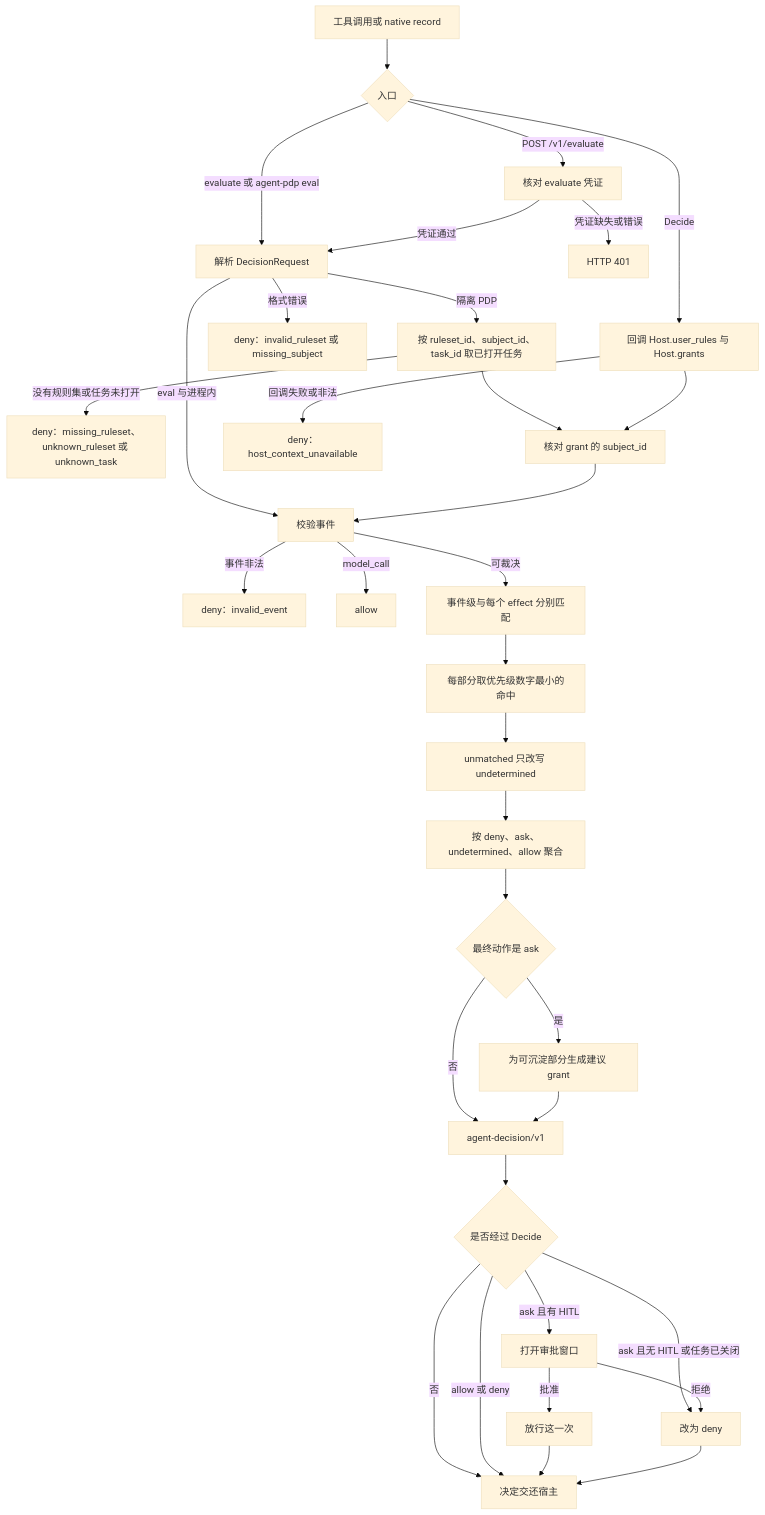
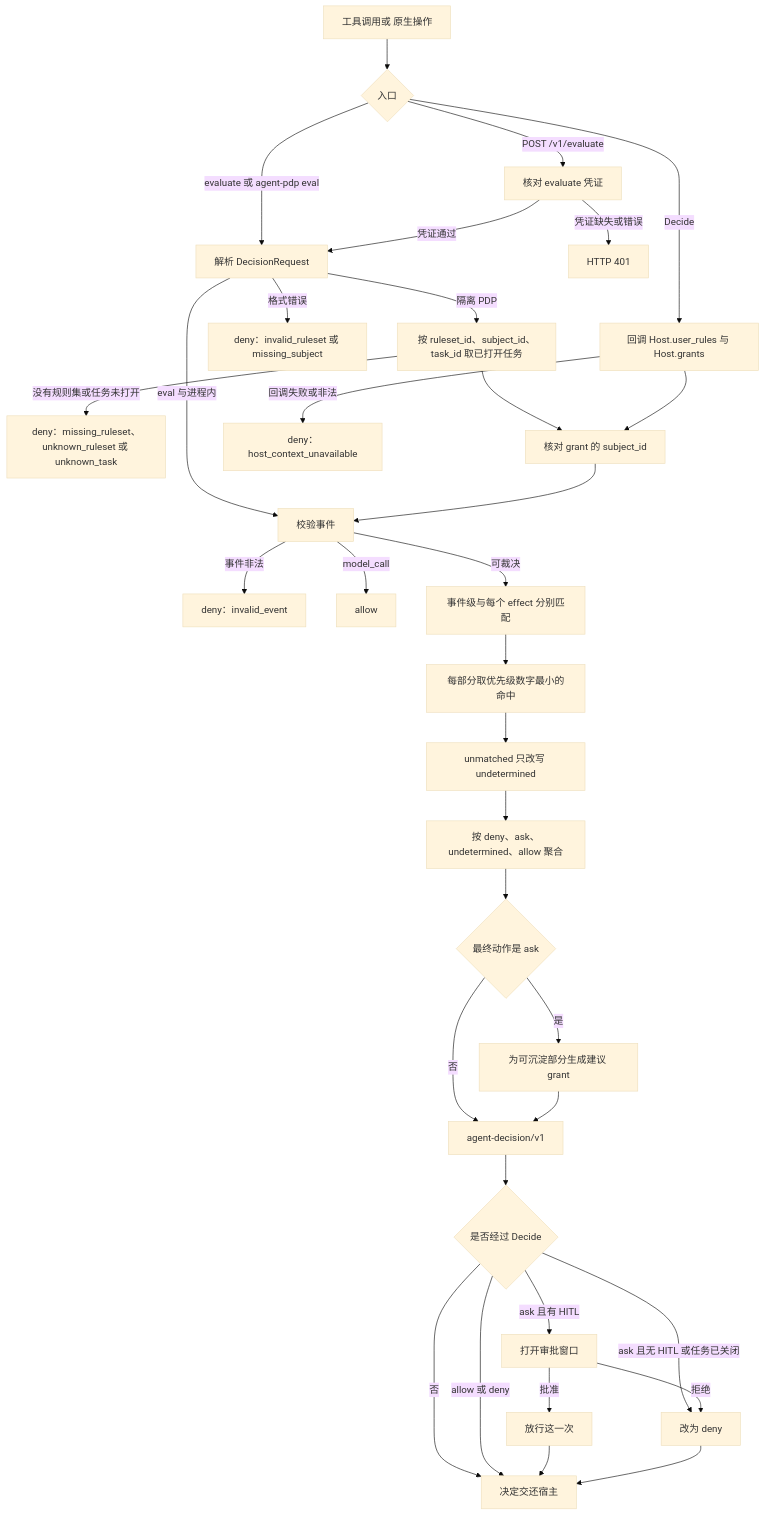
One commit to openJiuwen-ai/agent-security changed the second of 2 diagrams in agent_shield/docs/agent_shield-design.md. Above: the diagram before and after it, drawn with Mermaid (base theme). The commit also changed other lines of this file and 184 other files, not shown here.

````diff
--- a/agent_shield/docs/agent_shield-design.md
+++ b/agent_shield/docs/agent_shield-design.md
@@ -572,41 +417,41 @@
 ```mermaid
 flowchart TD
-  start[工具调用或 native record] --> entry{入口}
+  start[工具调用或 原生操作] --> entry{入口}
 
   entry -->|evaluate 或 agent-pdp eval| parse[解析 DecisionRequest]
   entry -->|POST /v1/evaluate| auth[核对 evaluate 凭证]
   entry -->|Decide| callback[回调 Host.user_rules 与 Host.grants]
 
   auth -->|凭证缺失或错误| unauth[HTTP 401]
   auth -->|凭证通过| parse
   parse -->|格式错误| badReq[deny：invalid_ruleset 或 missing_subject]
   parse -->|隔离 PDP| task[按 ruleset_id、subject_id、task_id 取已打开任务]
   parse -->|eval 与进程内| event[校验事件]
   task -->|没有规则集或任务未打开| taskDeny[deny：missing_ruleset、unknown_ruleset 或 unknown_task]
   task --> subject[核对 grant 的 subject_id]
   callback -->|回调失败或非法| hostDeny[deny：host_context_unavailable]
   callback --> subject
   subject --> event
 
   event -->|事件非法| badEvent[deny：invalid_event]
   event -->|model_call| modelAllow[allow]
   event -->|可裁决| match[事件级与每个 effect 分别匹配]
 
   match --> rank[每部分取优先级数字最小的命中]
   rank --> rewrite[unmatched 只改写 undetermined]
   rewrite --> agg[按 deny、ask、undetermined、allow 聚合]
   agg --> ask{最终动作是 ask}
   ask -->|是| grants[为可沉淀部分生成建议 grant]
   ask -->|否| envelope[agent-decision/v1]
   grants --> envelope
 
   envelope --> settle{是否经过 Decide}
   settle -->|否| done[决定交还宿主]
   settle -->|ask 且有 HITL| window[打开审批窗口]
   settle -->|ask 且无 HITL 或任务已关闭| denyNow[改为 deny]
   window -->|批准| once[放行这一次]
   window -->|拒绝| denyNow
   settle -->|allow 或 deny| done
   once --> done
   denyNow --> done
 ```
````
